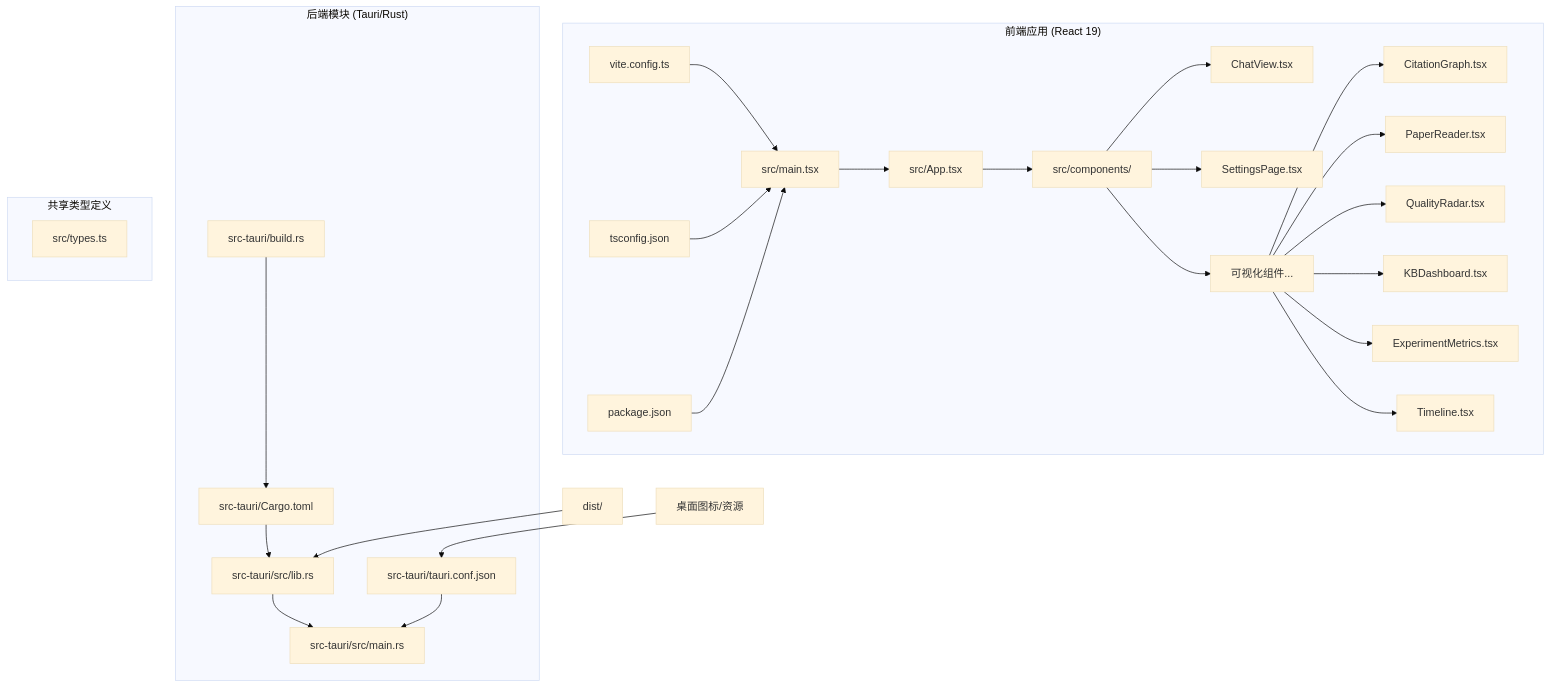
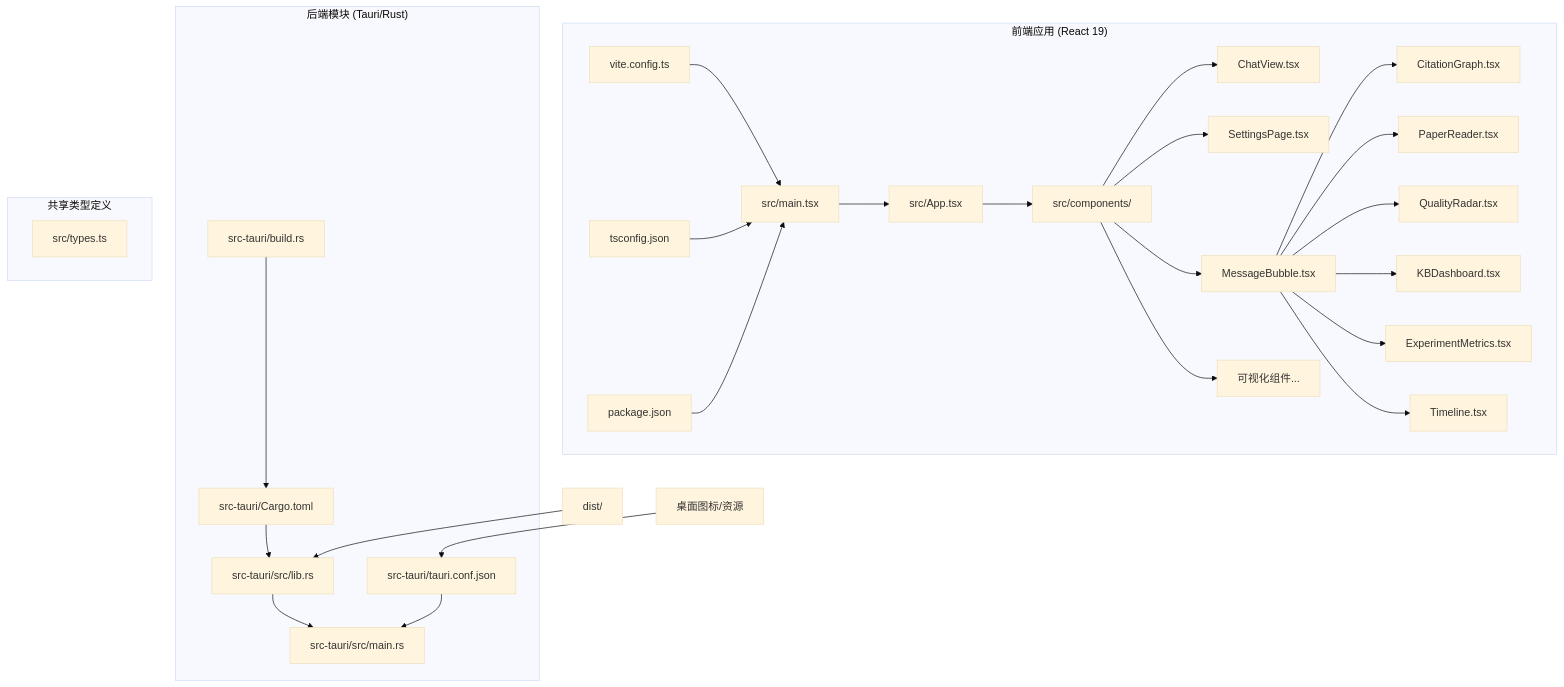
One commit to 1173591564/academic-based-qoder changed the first of 11 diagrams in .qoder/repowiki/zh/content/部署与运维/桌面应用程序基础设施.md. Above: the diagram before and after it, drawn with Mermaid (base theme). The commit also changed other lines of this file and 37 other files, not shown here.

````diff
--- a/.qoder/repowiki/zh/content/部署与运维/桌面应用程序基础设施.md
+++ b/.qoder/repowiki/zh/content/部署与运维/桌面应用程序基础设施.md
@@ -60,30 +62,31 @@
 ```mermaid
 graph TB
 subgraph "前端应用 (React 19)"
 A[src/main.tsx] --> B[src/App.tsx]
 B --> C[src/components/]
 C --> D[ChatView.tsx]
 C --> E[SettingsPage.tsx]
-C --> F[可视化组件...]
-F --> G[CitationGraph.tsx]
-F --> H[PaperReader.tsx]
-F --> I[QualityRadar.tsx]
-F --> J[KBDashboard.tsx]
-F --> K[ExperimentMetrics.tsx]
-F --> L[Timeline.tsx]
-M[vite.config.ts] --> A
-N[tsconfig.json] --> A
-O[package.json] --> A
+C --> F[MessageBubble.tsx]
+C --> G[可视化组件...]
+F --> H[CitationGraph.tsx]
+F --> I[PaperReader.tsx]
+F --> J[QualityRadar.tsx]
+F --> K[KBDashboard.tsx]
+F --> L[ExperimentMetrics.tsx]
+F --> M[Timeline.tsx]
+N[vite.config.ts] --> A
+O[tsconfig.json] --> A
+P[package.json] --> A
 end
 subgraph "后端模块 (Tauri/Rust)"
-P[src-tauri/src/lib.rs] --> Q[src-tauri/src/main.rs]
-R[src-tauri/Cargo.toml] --> P
-S[src-tauri/tauri.conf.json] --> Q
-T[src-tauri/build.rs] --> R
+Q[src-tauri/src/lib.rs] --> R[src-tauri/src/main.rs]
+S[src-tauri/Cargo.toml] --> Q
+T[src-tauri/tauri.conf.json] --> R
+U[src-tauri/build.rs] --> S
 end
 subgraph "共享类型定义"
-U[src/types.ts]
+V[src/types.ts]
 end
-V[dist/] --> P
-W[桌面图标/资源] --> S
+W[dist/] --> Q
+X[桌面图标/资源] --> T
 ```
````
